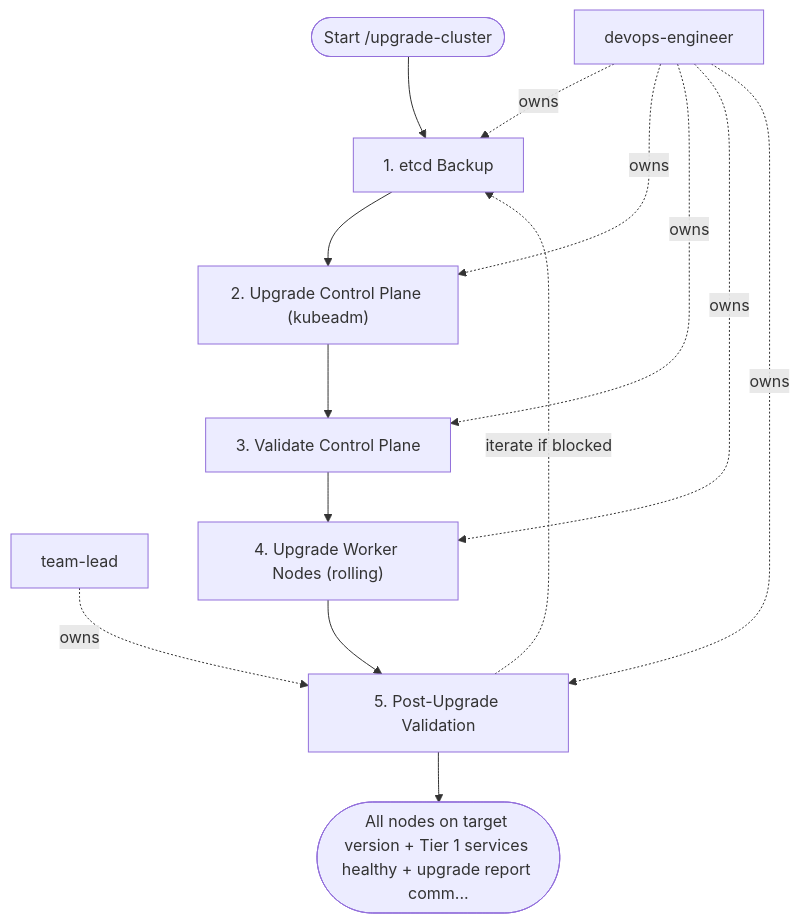
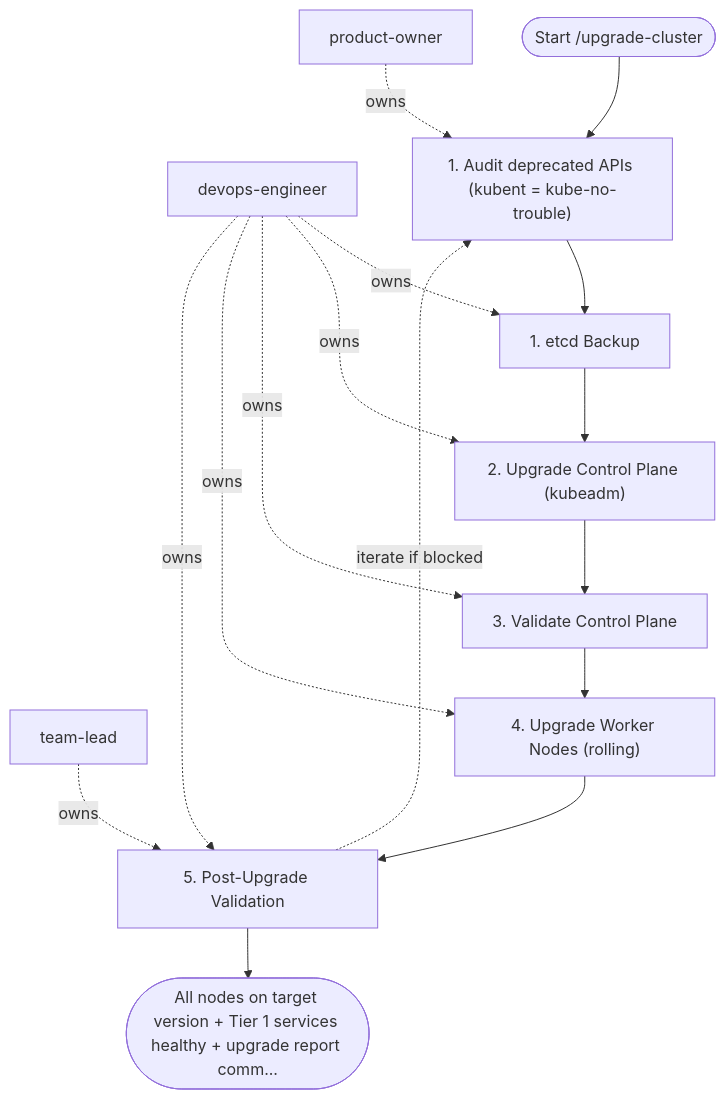
One commit to sawrus/agent-guides changed the diagram in areas/devops/kubernetes/workflows/upgrade-cluster.md. Above: the diagram before and after it, drawn with Mermaid. The commit also changed other lines of this file and 76 other files, not shown here.

Commit message:
Standardize workflow product owner initiation

````diff
--- a/areas/devops/kubernetes/workflows/upgrade-cluster.md
+++ b/areas/devops/kubernetes/workflows/upgrade-cluster.md
@@ -152,25 +152,29 @@
 ```mermaid
 flowchart TD
   start(["Start /upgrade-cluster"])
-  role_1["devops-engineer"]
-  role_2["team-lead"]
-  step_1["1. etcd Backup"]
-  step_2["2. Upgrade Control Plane (kubeadm)"]
-  step_3["3. Validate Control Plane"]
-  step_4["4. Upgrade Worker Nodes (rolling)"]
-  step_5["5. Post-Upgrade Validation"]
+  role_1["product-owner"]
+  role_2["devops-engineer"]
+  role_3["team-lead"]
+  step_1["1. Audit deprecated APIs (kubent = kube-no-trouble)"]
+  step_2["1. etcd Backup"]
+  step_3["2. Upgrade Control Plane (kubeadm)"]
+  step_4["3. Validate Control Plane"]
+  step_5["4. Upgrade Worker Nodes (rolling)"]
+  step_6["5. Post-Upgrade Validation"]
   exit(["All nodes on target version + Tier 1 services healthy + upgrade report comm..."])
   start --> step_1
   step_1 --> step_2
   step_2 --> step_3
   step_3 --> step_4
   step_4 --> step_5
-  step_5 --> exit
+  step_5 --> step_6
+  step_6 --> exit
   role_1 -. owns .-> step_1
-  role_1 -. owns .-> step_2
-  role_1 -. owns .-> step_3
-  role_1 -. owns .-> step_4
-  role_1 -. owns .-> step_5
+  role_2 -. owns .-> step_2
+  role_2 -. owns .-> step_3
+  role_2 -. owns .-> step_4
   role_2 -. owns .-> step_5
-  step_5 -. iterate if blocked .-> step_1
+  role_2 -. owns .-> step_6
+  role_3 -. owns .-> step_6
+  step_6 -. iterate if blocked .-> step_1
 ```
````
